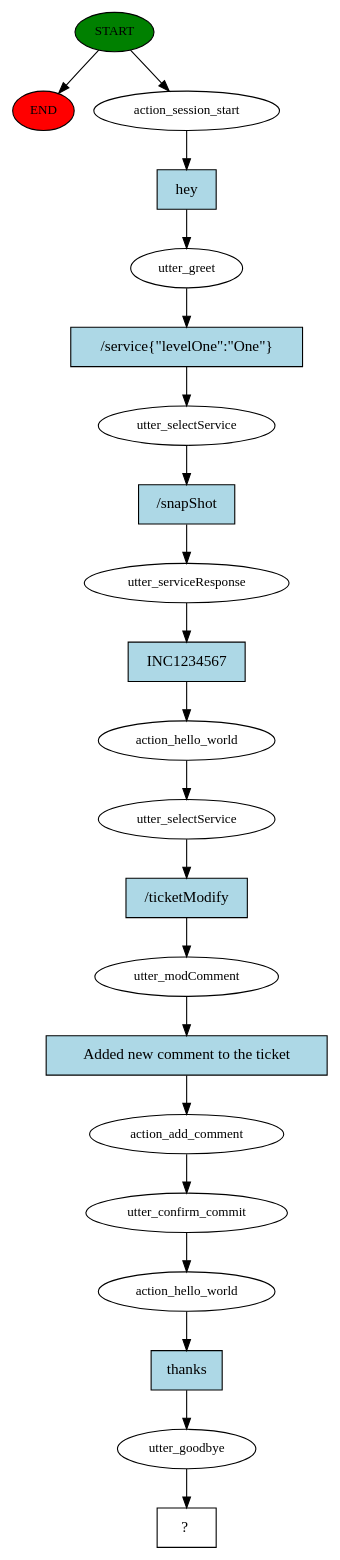
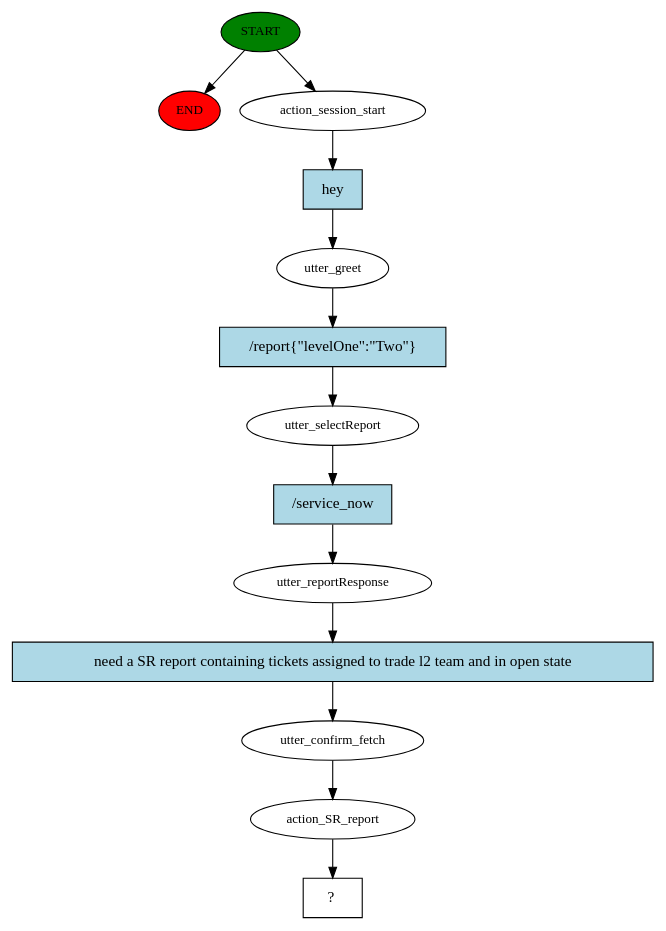
Before and after one commit to rohitganju/chatbot_Legacy: the diagram in story_graph.dot, drawn with Graphviz. The commit also changed 8 other files, not shown here.

```diff
--- a/story_graph.dot
+++ b/story_graph.dot
@@ -1,43 +1,27 @@
 digraph  {
 0 [class="start active", fillcolor=green, fontsize=12, label=START, style=filled];
 "-1" [class=end, fillcolor=red, fontsize=12, label=END, style=filled];
 1 [class=active, fontsize=12, label=action_session_start];
 2 [class=active, fontsize=12, label=utter_greet];
-3 [class=active, fontsize=12, label=utter_selectService];
-4 [class=active, fontsize=12, label=utter_serviceResponse];
-5 [class=active, fontsize=12, label=action_hello_world];
-6 [class=active, fontsize=12, label=utter_selectService];
-7 [class=active, fontsize=12, label=utter_modComment];
-8 [class=active, fontsize=12, label=action_add_comment];
-9 [class=active, fontsize=12, label=utter_confirm_commit];
-10 [class=active, fontsize=12, label=action_hello_world];
-11 [class=active, fontsize=12, label=utter_goodbye];
-12 [class="intent dashed active", label="  ?  ", shape=rect];
-13 [class="intent active", fillcolor=lightblue, label=hey, shape=rect, style=filled];
-14 [class="intent active", fillcolor=lightblue, label="/service{\"levelOne\":\"One\"}", shape=rect, style=filled];
-15 [class="intent active", fillcolor=lightblue, label="/snapShot", shape=rect, style=filled];
-16 [class="intent active", fillcolor=lightblue, label=INC1234567, shape=rect, style=filled];
-17 [class="intent active", fillcolor=lightblue, label="/ticketModify", shape=rect, style=filled];
-18 [class="intent active", fillcolor=lightblue, label="Added new comment to the ticket", shape=rect, style=filled];
-19 [class="intent active", fillcolor=lightblue, label=thanks, shape=rect, style=filled];
+3 [class=active, fontsize=12, label=utter_selectReport];
+4 [class=active, fontsize=12, label=utter_reportResponse];
+5 [class=active, fontsize=12, label=utter_confirm_fetch];
+6 [class=active, fontsize=12, label=action_SR_report];
+7 [class="intent dashed active", label="  ?  ", shape=rect];
+8 [class="intent active", fillcolor=lightblue, label=hey, shape=rect, style=filled];
+9 [class="intent active", fillcolor=lightblue, label="/report{\"levelOne\":\"Two\"}", shape=rect, style=filled];
+10 [class="intent active", fillcolor=lightblue, label="/service_now", shape=rect, style=filled];
+11 [class="intent active", fillcolor=lightblue, label="need a SR report containing tickets assigned to trade l2 team and in open state", shape=rect, style=filled];
 0 -> "-1"  [class="", key=NONE, label=""];
 0 -> 1  [class=active, key=NONE, label=""];
-1 -> 13  [class=active, key=0];
-2 -> 14  [class=active, key=0];
-3 -> 15  [class=active, key=0];
-4 -> 16  [class=active, key=0];
+1 -> 8  [class=active, key=0];
+2 -> 9  [class=active, key=0];
+3 -> 10  [class=active, key=0];
+4 -> 11  [class=active, key=0];
 5 -> 6  [class=active, key=NONE, label=""];
-6 -> 17  [class=active, key=0];
-7 -> 18  [class=active, key=0];
-8 -> 9  [class=active, key=NONE, label=""];
-9 -> 10  [class=active, key=NONE, label=""];
-10 -> 19  [class=active, key=0];
-11 -> 12  [class=active, key=NONE, label=""];
-13 -> 2  [class=active, key=0];
-14 -> 3  [class=active, key=0];
-15 -> 4  [class=active, key=0];
-16 -> 5  [class=active, key=0];
-17 -> 7  [class=active, key=0];
-18 -> 8  [class=active, key=0];
-19 -> 11  [class=active, key=0];
+6 -> 7  [class=active, key=NONE, label=""];
+8 -> 2  [class=active, key=0];
+9 -> 3  [class=active, key=0];
+10 -> 4  [class=active, key=0];
+11 -> 5  [class=active, key=0];
 }
```
